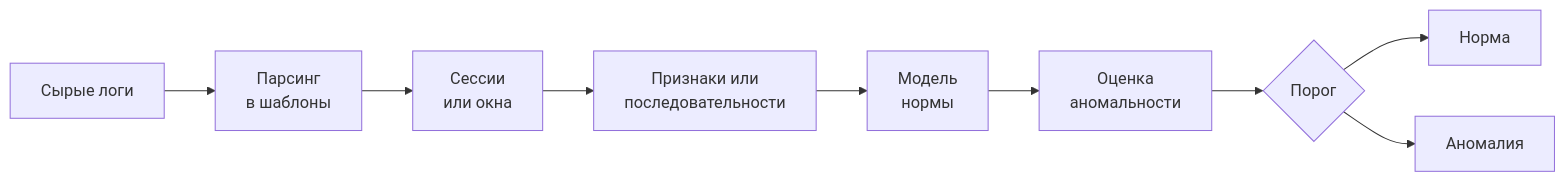
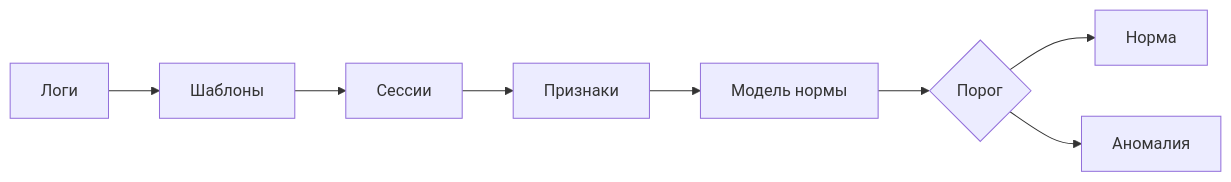
One commit to iamartempn/log-anomaly-detection changed the diagram in README.md. Above: the diagram before and after it, drawn with Mermaid. The commit also changed other lines of this file, not shown here.

Commit message:
README: заголовки таблицы принципов, контакт куратора, компактная схема

````diff
--- a/README.md
+++ b/README.md
@@ -27,11 +26,6 @@
 ```mermaid
 flowchart LR
-    A[Сырые логи] --> B[Парсинг<br/>в шаблоны]
-    B --> C[Сессии<br/>или окна]
-    C --> D[Признаки или<br/>последовательности]
-    D --> E[Модель<br/>нормы]
-    E --> F[Оценка<br/>аномальности]
-    F --> G{Порог}
-    G --> H[Норма]
-    G --> I[Аномалия]
+    A[Логи] --> B[Шаблоны] --> C[Сессии] --> D[Признаки] --> E[Модель нормы] --> F{Порог}
+    F --> G[Норма]
+    F --> H[Аномалия]
 ```
````
